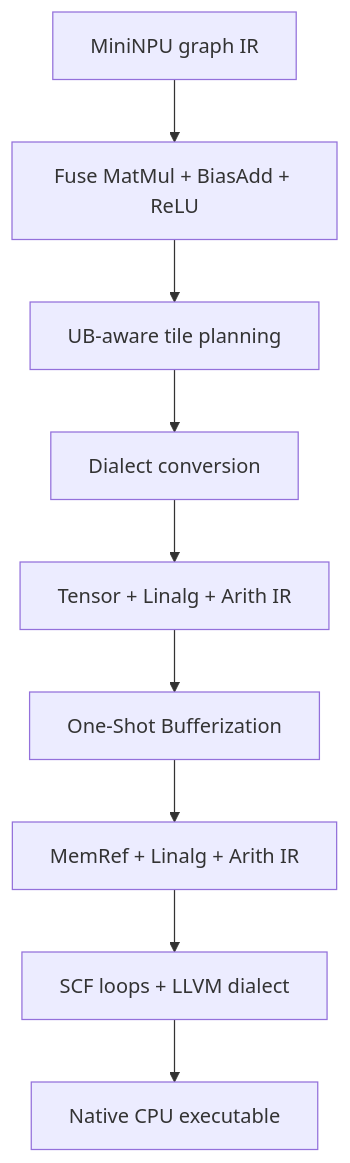
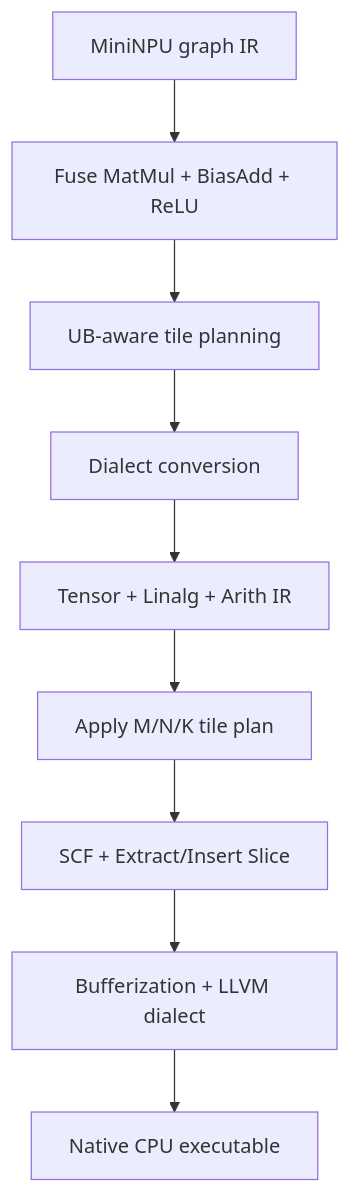
The diagram in README.md (fuxiangdu/mininpu-compiler), drawn with Mermaid before and after one commit. The commit also changed other lines of this file and 17 other files, not shown here.

````diff
--- a/README.md
+++ b/README.md
@@ -20,11 +20,11 @@
 ```mermaid
 flowchart TD
     A["MiniNPU graph IR"] --> B["Fuse MatMul + BiasAdd + ReLU"]
     B --> C["UB-aware tile planning"]
     C --> D["Dialect conversion"]
     D --> E["Tensor + Linalg + Arith IR"]
-    E --> F["One-Shot Bufferization"]
-    F --> G["MemRef + Linalg + Arith IR"]
-    G --> H["SCF loops + LLVM dialect"]
+    E --> F["Apply M/N/K tile plan"]
+    F --> G["SCF + Extract/Insert Slice"]
+    G --> H["Bufferization + LLVM dialect"]
     H --> I["Native CPU executable"]
 ```
````
